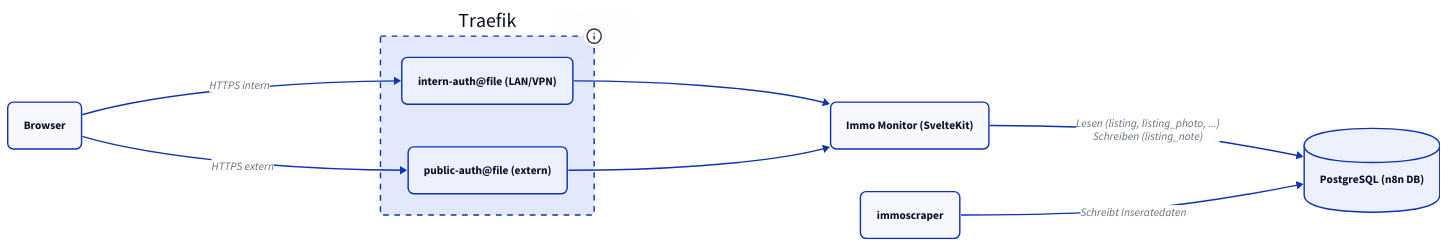
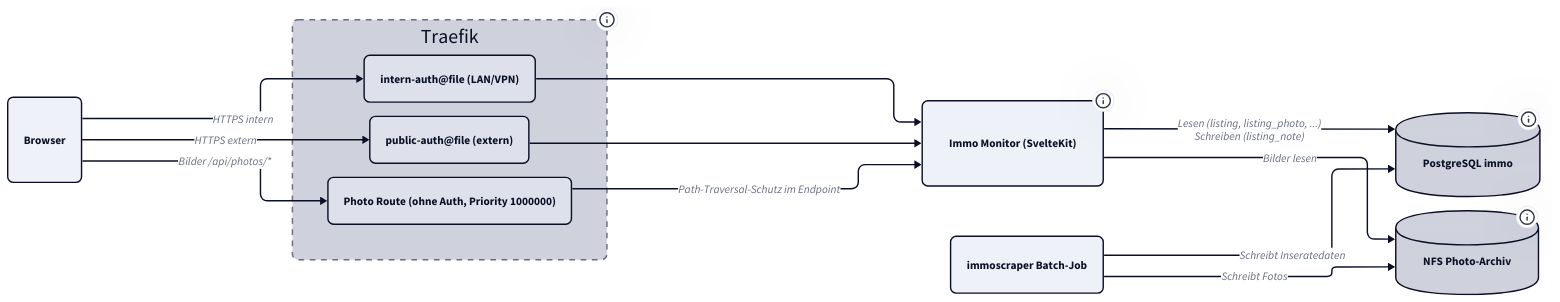
One commit to derever-labs/homelab-wiki changed the diagram in docs/immo-monitor/index.md. Above: the diagram before and after it, drawn with D2. The commit also changed other lines of this file and 2 other files, not shown here.

Commit message:
docs(immo): Photo-Archivierung/Vermarktungsstart (Deploy-Pattern)

````diff
--- a/docs/immo-monitor/index.md
+++ b/docs/immo-monitor/index.md
@@ -31,23 +31,50 @@
 ```d2
+vars: {
+  d2-config: {
+    theme-id: 1
+    layout-engine: elk
+  }
+}
+
+classes: {
+  node: { style: { border-radius: 8 } }
+  container: { style: { border-radius: 8; stroke-dash: 4 } }
+}
+
 direction: right
 
-Browser: Browser { style.border-radius: 8 }
+Browser: Browser { class: node }
 
 Traefik: Traefik {
-  style.stroke-dash: 4
+  class: container
   tooltip: "10.0.2.20"
-  RI: "intern-auth@file (LAN/VPN)" { style.border-radius: 8 }
-  RE: "public-auth@file (extern)" { style.border-radius: 8 }
+  RI: "intern-auth@file (LAN/VPN)" { class: node }
+  RE: "public-auth@file (extern)" { class: node }
+  RP: "Photo Route (ohne Auth, Priority 1000000)" { class: node }
 }
 
-App: "Immo Monitor (SvelteKit)" { style.border-radius: 8 }
-PG: "PostgreSQL (n8n DB)" { shape: cylinder }
-Scraper: "immoscraper" { style.border-radius: 8 }
+App: "Immo Monitor (SvelteKit)" {
+  class: node
+  tooltip: "Drizzle ORM, Leaflet, shadcn-svelte"
+}
+PG: "PostgreSQL immo" {
+  shape: cylinder
+  tooltip: "Read-only ausser listing_note"
+}
+NFS: "NFS Photo-Archiv" {
+  shape: cylinder
+  tooltip: "/nfs/docker/immoscraper/photos/ | Read-only Mount"
+}
+Scraper: "immoscraper Batch-Job" { class: node }
 
 Browser -> Traefik.RI: HTTPS intern
 Browser -> Traefik.RE: HTTPS extern
+Browser -> Traefik.RP: "Bilder /api/photos/*"
 Traefik.RI -> App
 Traefik.RE -> App
+Traefik.RP -> App: "Path-Traversal-Schutz im Endpoint"
 App -> PG: "Lesen (listing, listing_photo, ...)\nSchreiben (listing_note)"
+App -> NFS: "Bilder lesen"
 Scraper -> PG: Schreibt Inseratedaten
+Scraper -> NFS: Schreibt Fotos
 ```
````
